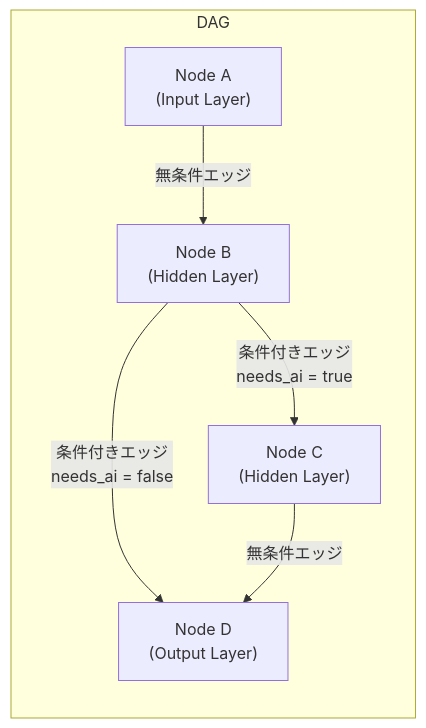
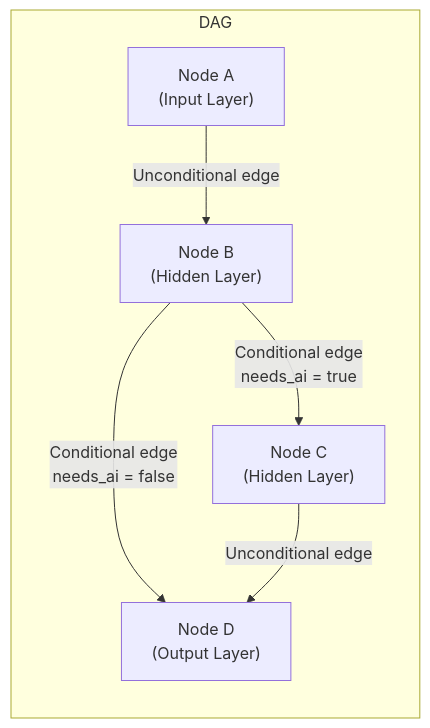
The first of 6 diagrams in docs/content/design/dag-engine.md (smartcrabai/smartcrab), drawn with Mermaid before and after one commit. The commit also changed other lines of this file and 19 other files, not shown here.

````diff
--- a/docs/content/design/dag-engine.md
+++ b/docs/content/design/dag-engine.md
@@ -14,14 +14,14 @@
 ```mermaid
 flowchart LR
     subgraph DAG
         A["Node A<br/>(Input Layer)"]
         B["Node B<br/>(Hidden Layer)"]
         C["Node C<br/>(Hidden Layer)"]
         D["Node D<br/>(Output Layer)"]
 
-        A -->|"無条件エッジ"| B
-        B -->|"条件付きエッジ<br/>needs_ai = true"| C
-        B -->|"条件付きエッジ<br/>needs_ai = false"| D
-        C -->|"無条件エッジ"| D
+        A -->|"Unconditional edge"| B
+        B -->|"Conditional edge<br/>needs_ai = true"| C
+        B -->|"Conditional edge<br/>needs_ai = false"| D
+        C -->|"Unconditional edge"| D
     end
 ```
````
